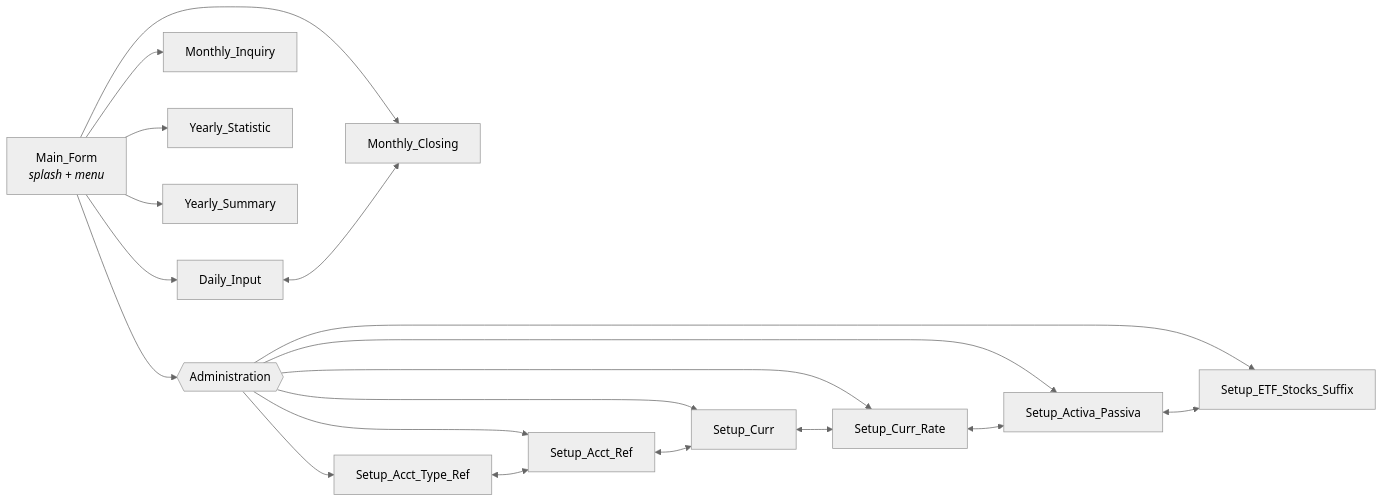
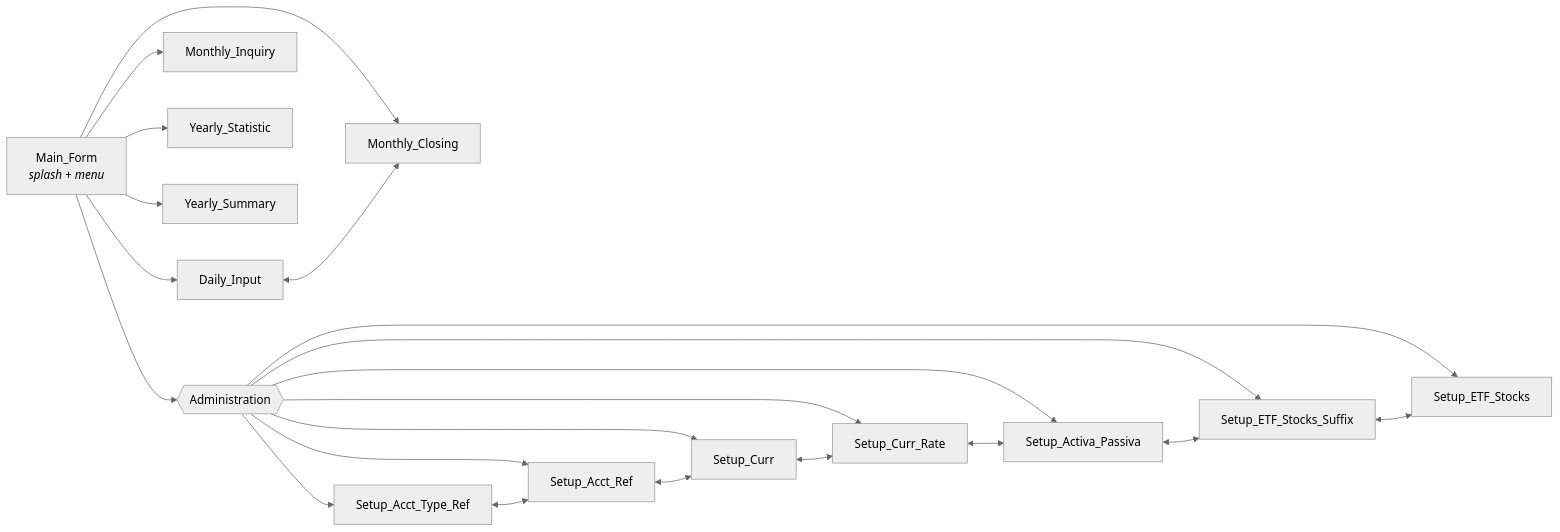
The second of 3 diagrams in README.md (oscar-rijadi/FinancialBalance), drawn with Mermaid (neutral theme) before and after one commit. The commit also changed other lines of this file and 49 other files, not shown here.

````diff
--- a/README.md
+++ b/README.md
@@ -87,26 +87,28 @@
 ```mermaid
 flowchart LR
     MAIN["Main_Form<br/><i>splash + menu</i>"]
 
     MAIN --> DI["Daily_Input"]
     MAIN --> MC["Monthly_Closing"]
     MAIN --> MI["Monthly_Inquiry"]
     MAIN --> YT["Yearly_Statistic"]
     MAIN --> YS["Yearly_Summary"]
 
     MAIN --> ADMIN{{"Administration"}}
     ADMIN --> SATR["Setup_Acct_Type_Ref"]
     ADMIN --> SAR["Setup_Acct_Ref"]
     ADMIN --> SC["Setup_Curr"]
     ADMIN --> SCR["Setup_Curr_Rate"]
     ADMIN --> SAP["Setup_Activa_Passiva"]
     ADMIN --> SES["Setup_ETF_Stocks_Suffix"]
+    ADMIN --> SET["Setup_ETF_Stocks"]
 
     DI <--> MC
 
     SATR <--> SAR
     SAR <--> SC
     SC <--> SCR
     SCR <--> SAP
     SAP <--> SES
+    SES <--> SET
 ```
````
